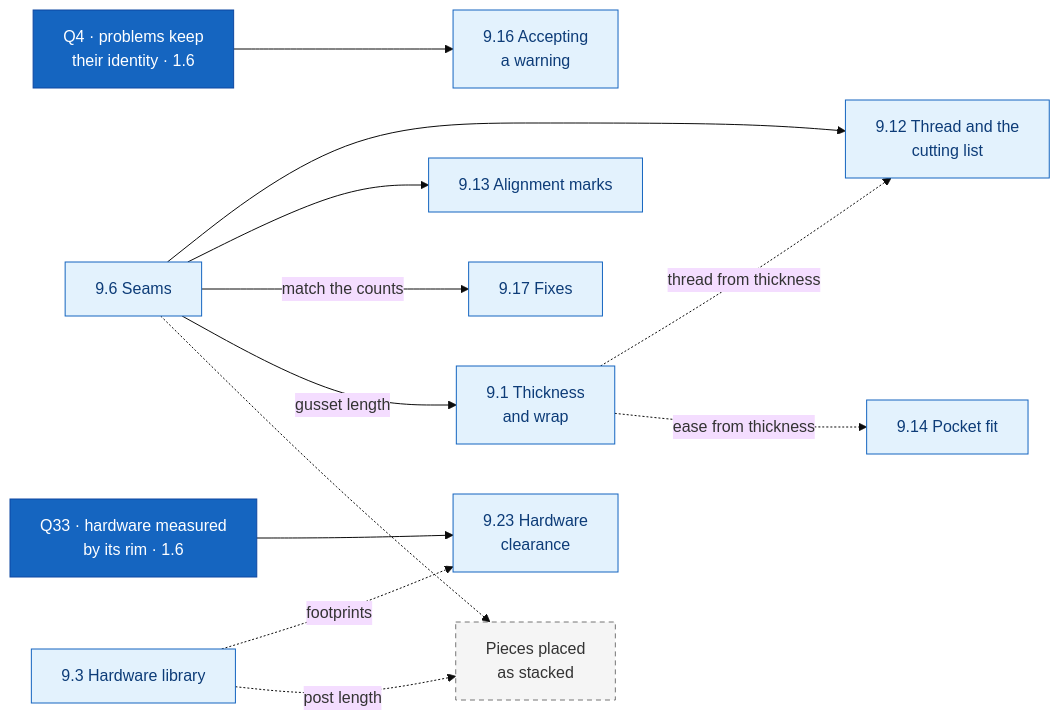
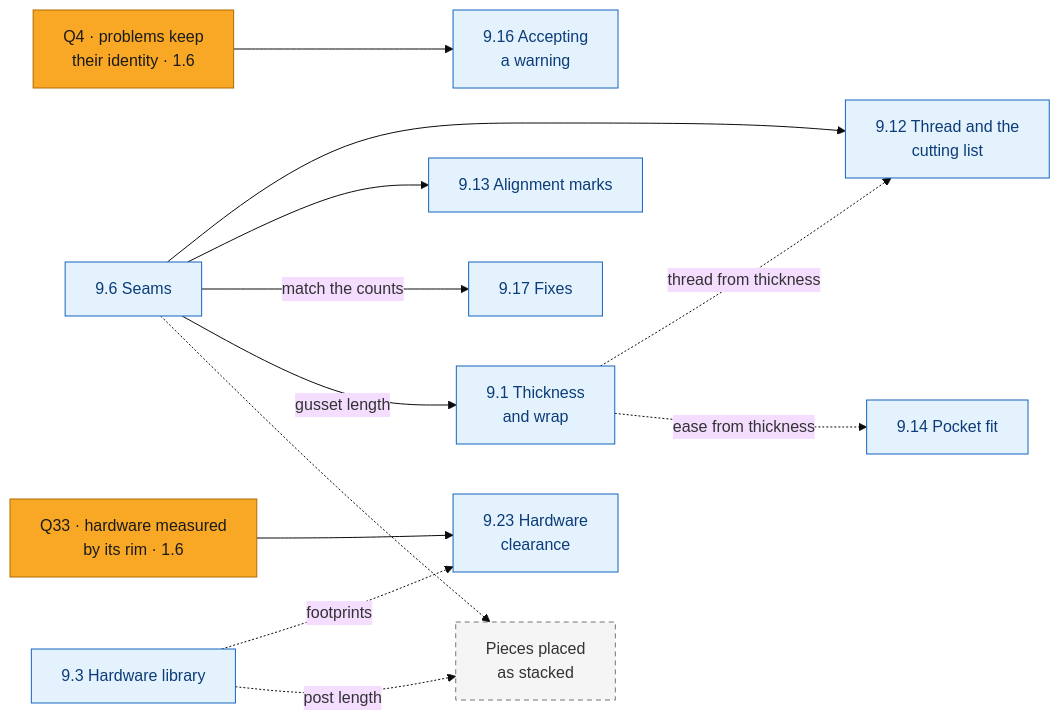
One commit to crnlsp/leathercad changed the fifth of 6 diagrams in docs/product-roadmap.md. Above: the diagram before and after it, drawn with Mermaid (base theme). The commit also changed other lines of this file and 8 other files, not shown here.

First line of the commit message:
docs(roadmap): 1.5 goes to the record, 1.6 is next, and the merged slices' agents go

````diff
--- a/docs/product-roadmap.md
+++ b/docs/product-roadmap.md
@@ -181,29 +179,29 @@
 ```mermaid
 flowchart LR
-  q4["Q4 · problems keep<br/>their identity · 1.6"]:::committed
-  q33["Q33 · hardware measured<br/>by its rim · 1.6"]:::committed
+  q4["Q4 · problems keep<br/>their identity · 1.6"]:::progress
+  q33["Q33 · hardware measured<br/>by its rim · 1.6"]:::progress
   s96["9.6 Seams"]:::candidate
   t912["9.12 Thread and the<br/>cutting list"]:::candidate
   m913["9.13 Alignment marks"]:::candidate
   p914["9.14 Pocket fit"]:::candidate
   a916["9.16 Accepting<br/>a warning"]:::candidate
   f917["9.17 Fixes"]:::candidate
   w91["9.1 Thickness<br/>and wrap"]:::candidate
   h923["9.23 Hardware<br/>clearance"]:::candidate
   h93["9.3 Hardware library"]:::candidate
   stack["Pieces placed<br/>as stacked"]:::exploring
   q4 --> a916
   s96 --> t912
   s96 --> m913
   s96 -->|"match the counts"| f917
   s96 -->|"gusset length"| w91
   w91 -.->|"thread from thickness"| t912
   w91 -.->|"ease from thickness"| p914
   q33 --> h923
   h93 -.->|"footprints"| h923
   s96 -.-> stack
   h93 -.->|"post length"| stack
-  classDef committed fill:#1565c0,stroke:#0d47a1,color:#ffffff
+  classDef progress fill:#f9a825,stroke:#b26a00,color:#1a1a1a
   classDef candidate fill:#e3f2fd,stroke:#1565c0,color:#0d3c78
   classDef exploring fill:#f5f5f5,stroke:#757575,color:#333333,stroke-dasharray: 5 4
 ```
````
